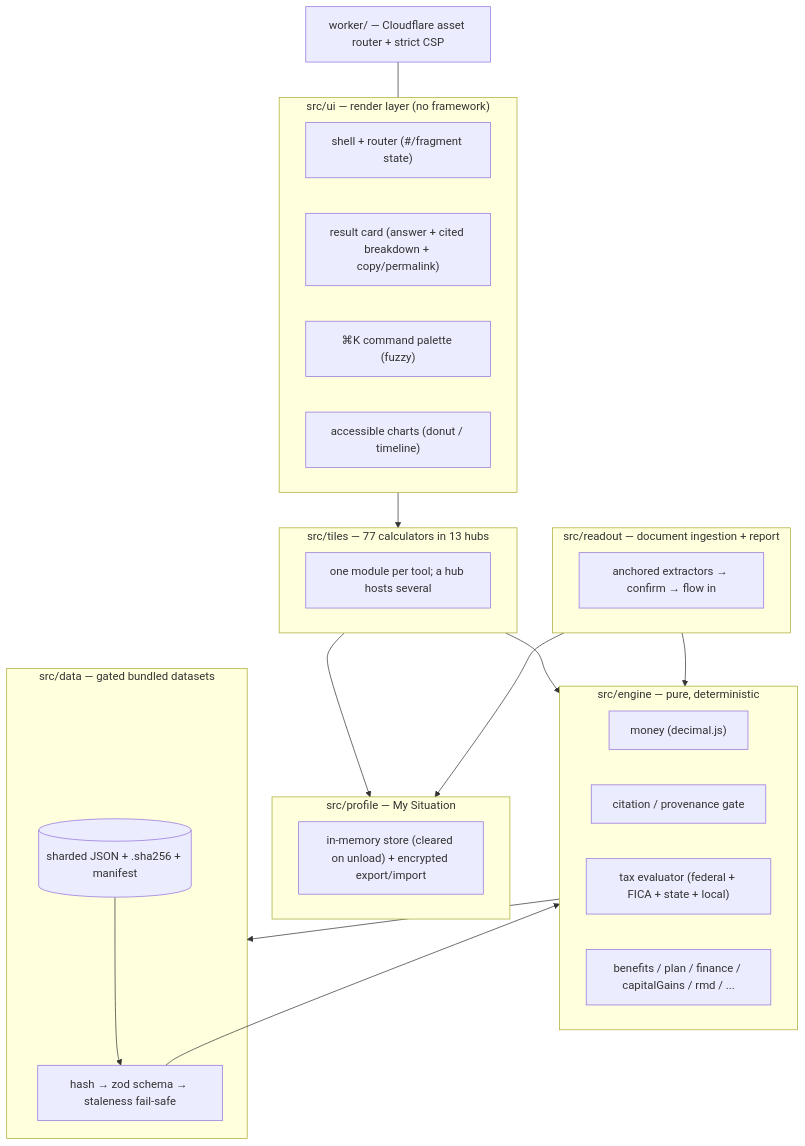
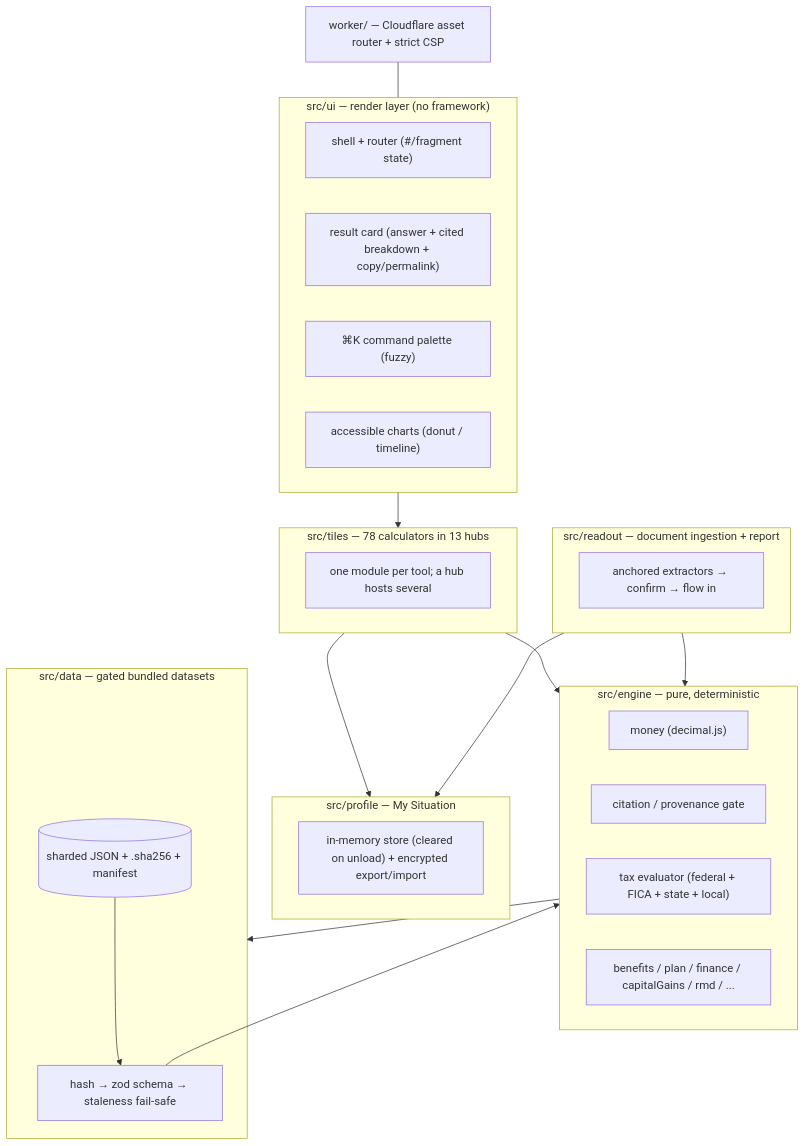
Before and after one commit to clay-good/enklayve: the second of 7 diagrams in docs/under-the-hood.md, drawn with Mermaid. The commit also changed other lines of this file and 19 other files, not shown here.

````diff
--- a/docs/under-the-hood.md
+++ b/docs/under-the-hood.md
@@ -300,36 +300,36 @@
 ```mermaid
 flowchart TD
     subgraph UI["src/ui — render layer (no framework)"]
         SH["shell + router (#/fragment state)"]
         RC["result card (answer + cited breakdown + copy/permalink)"]
         CP["⌘K command palette (fuzzy)"]
         CH["accessible charts (donut / timeline)"]
     end
-    subgraph TILES["src/tiles — 77 calculators in 13 hubs"]
+    subgraph TILES["src/tiles — 78 calculators in 13 hubs"]
         T1["one module per tool; a hub hosts several"]
     end
     subgraph PROFILE["src/profile — My Situation"]
         PS["in-memory store (cleared on unload) + encrypted export/import"]
     end
     subgraph READOUT["src/readout — document ingestion + report"]
         RX["anchored extractors → confirm → flow in"]
     end
     subgraph ENGINE["src/engine — pure, deterministic"]
         MN["money (decimal.js)"]
         CI["citation / provenance gate"]
         TAX["tax evaluator (federal + FICA + state + local)"]
         BEN["benefits / plan / finance / capitalGains / rmd / ..."]
     end
     subgraph DATA["src/data — gated bundled datasets"]
         LO["hash → zod schema → staleness fail-safe"]
         DS[("sharded JSON + .sha256 + manifest")]
     end
     TILES --> ENGINE
     READOUT --> ENGINE
     TILES --> PROFILE
     READOUT --> PROFILE
     UI --> TILES
     ENGINE --> DATA
     DS --> LO --> ENGINE
     WORKER["worker/ — Cloudflare asset router + strict CSP"] --- UI
 ```
````
